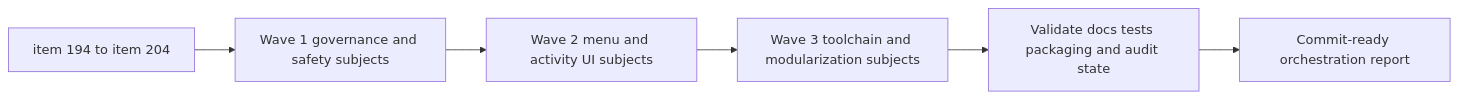
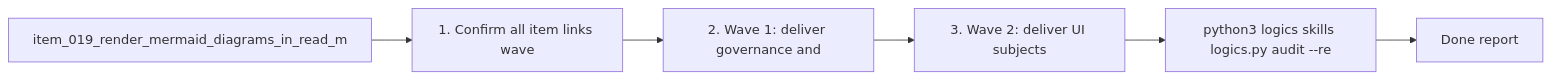
Before and after one commit to AlexAgo83/logics-manager: the diagram in logics/tasks/task_107_orchestration_delivery_for_req_107_to_req_117_across_maintenance_hardening_ui_refinement_and_modularization.md, drawn with Mermaid. The commit also changed other lines of this file and 481 other files, not shown here.

````diff
--- a/logics/tasks/task_107_orchestration_delivery_for_req_107_to_req_117_across_maintenance_hardening_ui_refinement_and_modularization.md
+++ b/logics/tasks/task_107_orchestration_delivery_for_req_107_to_req_117_across_maintenance_hardening_ui_refinement_and_modularization.md
@@ -49,10 +49,10 @@
 ```mermaid
 %% logics-kind: task
 %% logics-signature: task|orchestration-delivery-for-req-107-to-re|item-019-render-mermaid-diagrams-in-read|1-confirm-all-item-links-wave|python3-logics-skills-logics-py-audit-re
 flowchart LR
-    Start[item 194 to item 204] --> Wave1[Wave 1 governance and safety subjects]
-    Wave1 --> Wave2[Wave 2 menu and activity UI subjects]
-    Wave2 --> Wave3[Wave 3 toolchain and modularization subjects]
-    Wave3 --> Validate[Validate docs tests packaging and audit state]
-    Validate --> Report[Commit-ready orchestration report]
+    Backlog[item_019_render_mermaid_diagrams_in_read_m] --> Step1[1. Confirm all item links wave]
+    Step1 --> Step2[2. Wave 1: deliver governance and]
+    Step2 --> Step3[3. Wave 2: deliver UI subjects]
+    Step3 --> Validation[python3 logics skills logics.py audit --re]
+    Validation --> Report[Done report]
 ```
````
